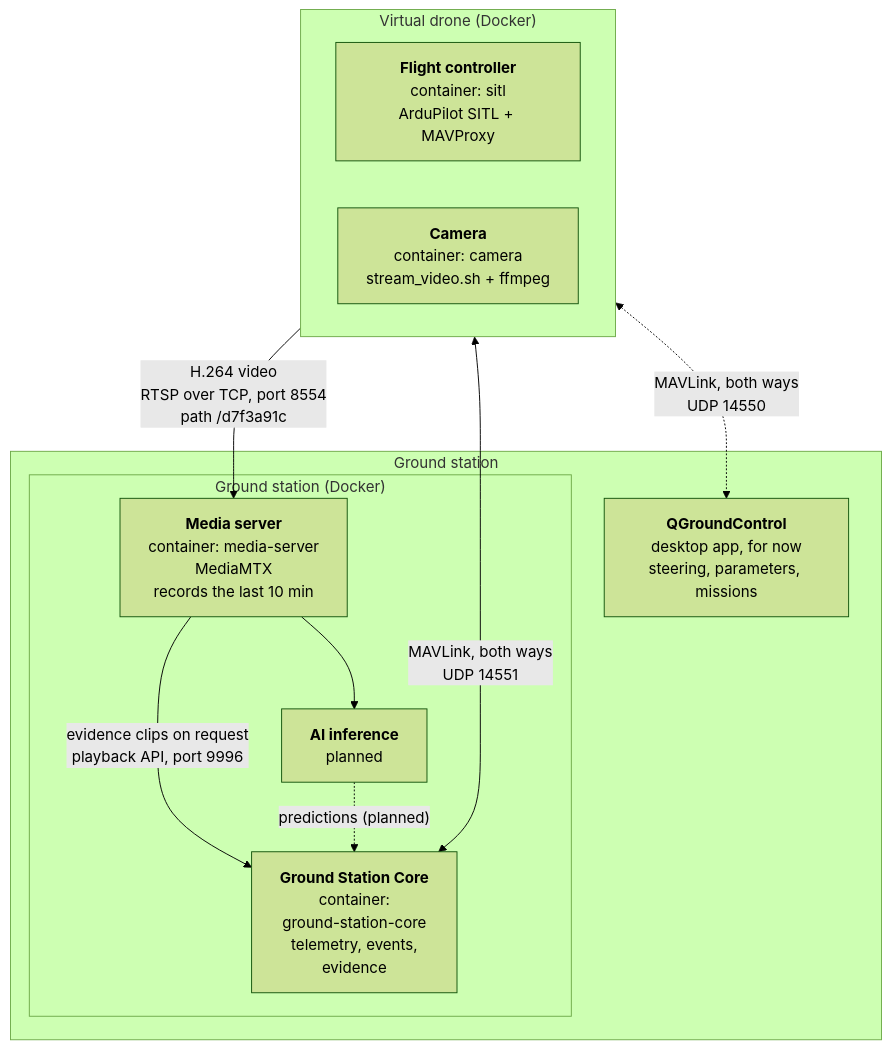
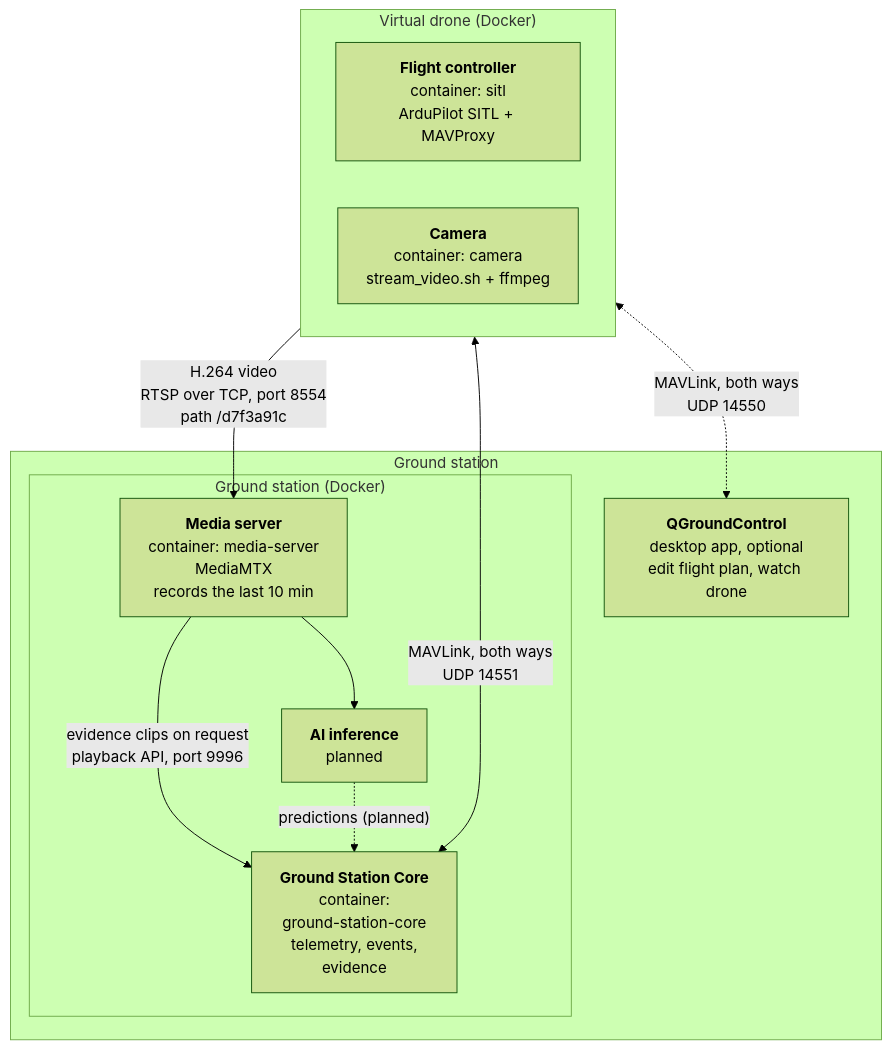
The diagram in edge/drone/README.md (Dalai426/UAV-Based-Wildfire-Surveillance-System), drawn with Mermaid (forest theme) before and after one commit. The commit also changed other lines of this file and 5 other files, not shown here.

Commit message:
added flight path (flight.path) for drone to follow upon startup (fly_mission.py)

````diff
--- a/edge/drone/README.md
+++ b/edge/drone/README.md
@@ -52,24 +69,24 @@
 ```mermaid
 flowchart TB
     subgraph DRONE["Virtual drone (Docker)"]
         direction LR
         SITL["<b>Flight controller</b><br/>container: sitl<br/>ArduPilot SITL + MAVProxy"]
         CAM["<b>Camera</b><br/>container: camera<br/>stream_video.sh + ffmpeg"]
     end
 
     subgraph GSTATION["Ground station"]
-        QGC["<b>QGroundControl</b><br/>desktop app, for now<br/>steering, parameters, missions"]
+        QGC["<b>QGroundControl</b><br/>desktop app, optional<br/>edit flight plan, watch drone"]
         subgraph GS["Ground station (Docker)"]
             MTX["<b>Media server</b><br/>container: media-server<br/>MediaMTX<br/>records the last 10 min"]
             AI["<b>AI inference</b><br/>planned"]
             CORE["<b>Ground Station Core</b><br/>container:<br/>ground-station-core<br/>telemetry, events,<br/>evidence"]
         end
     end
 
     SITL <-. "MAVLink, both ways<br/>UDP 14550" .-> QGC
     SITL <-- "MAVLink, both ways<br/>UDP 14551" --> CORE
     CAM -- "H.264 video<br/>RTSP over TCP, port 8554<br/>path /d7f3a91c" --> MTX
     MTX --> AI
     MTX -- "evidence clips on request<br/>playback API, port 9996" --> CORE
     AI -. "predictions (planned)" .-> CORE
 ```
````
